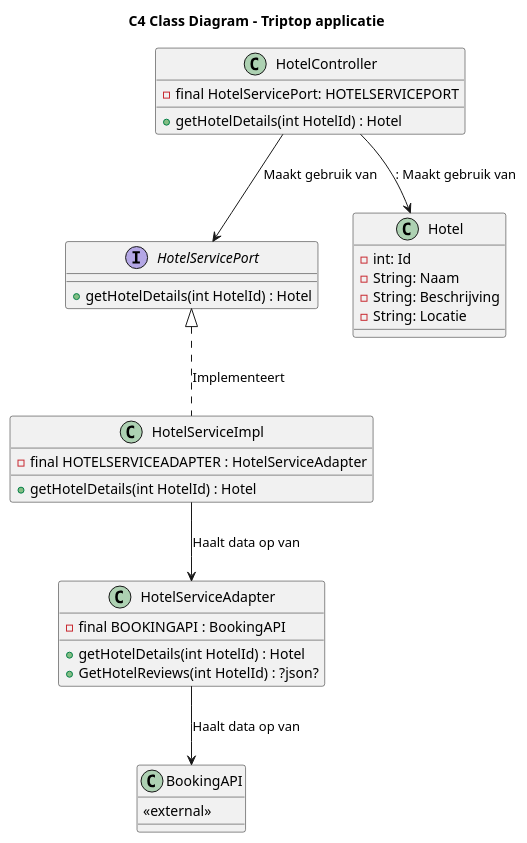
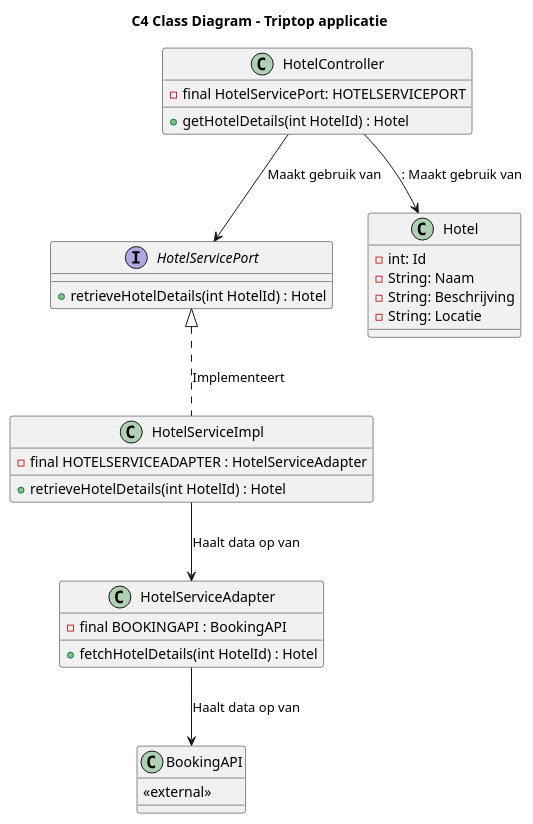
The diagram in opdracht-diagrammen/C4-Diagrammen/C4-Class-Diagram-Jamiro.puml (AIM-ENE-feb25/triptop-peak-performers-groep-1), drawn with PlantUML before and after one commit. The commit also changed 3 other files, not shown here.

Commit message:
kleine aanpassingen van mijn diagrammen zodat ze overeen komen

```diff
--- a/opdracht-diagrammen/C4-Diagrammen/C4-Class-Diagram-Jamiro.puml
+++ b/opdracht-diagrammen/C4-Diagrammen/C4-Class-Diagram-Jamiro.puml
@@ -1,42 +1,41 @@
 @startuml
 title C4 Class Diagram - Triptop applicatie
 
 class HotelController {
     - final HotelServicePort: HOTELSERVICEPORT
     + getHotelDetails(int HotelId) : Hotel
 }
 
 interface HotelServicePort {
-    + getHotelDetails(int HotelId) : Hotel
+    + retrieveHotelDetails(int HotelId) : Hotel
 }
 
 class Hotel {
     - int: Id
     - String: Naam
     - String: Beschrijving
     - String: Locatie
 }
 
 class HotelServiceImpl {
     - final HOTELSERVICEADAPTER : HotelServiceAdapter
-    + getHotelDetails(int HotelId) : Hotel
+    + retrieveHotelDetails(int HotelId) : Hotel
 }
 
 class HotelServiceAdapter {
     - final BOOKINGAPI : BookingAPI
-    + getHotelDetails(int HotelId) : Hotel
-    + GetHotelReviews(int HotelId) : ?json?
+    + fetchHotelDetails(int HotelId) : Hotel
 }
 
 class BookingAPI {
     <<external>>
 }
 
 HotelController --> HotelServicePort : Maakt gebruik van
 HotelController --> Hotel : : Maakt gebruik van
 
 HotelServicePort <|.. HotelServiceImpl : Implementeert
 
 HotelServiceImpl --> HotelServiceAdapter : Haalt data op van
 HotelServiceAdapter --> BookingAPI : Haalt data op van
 @enduml
```
